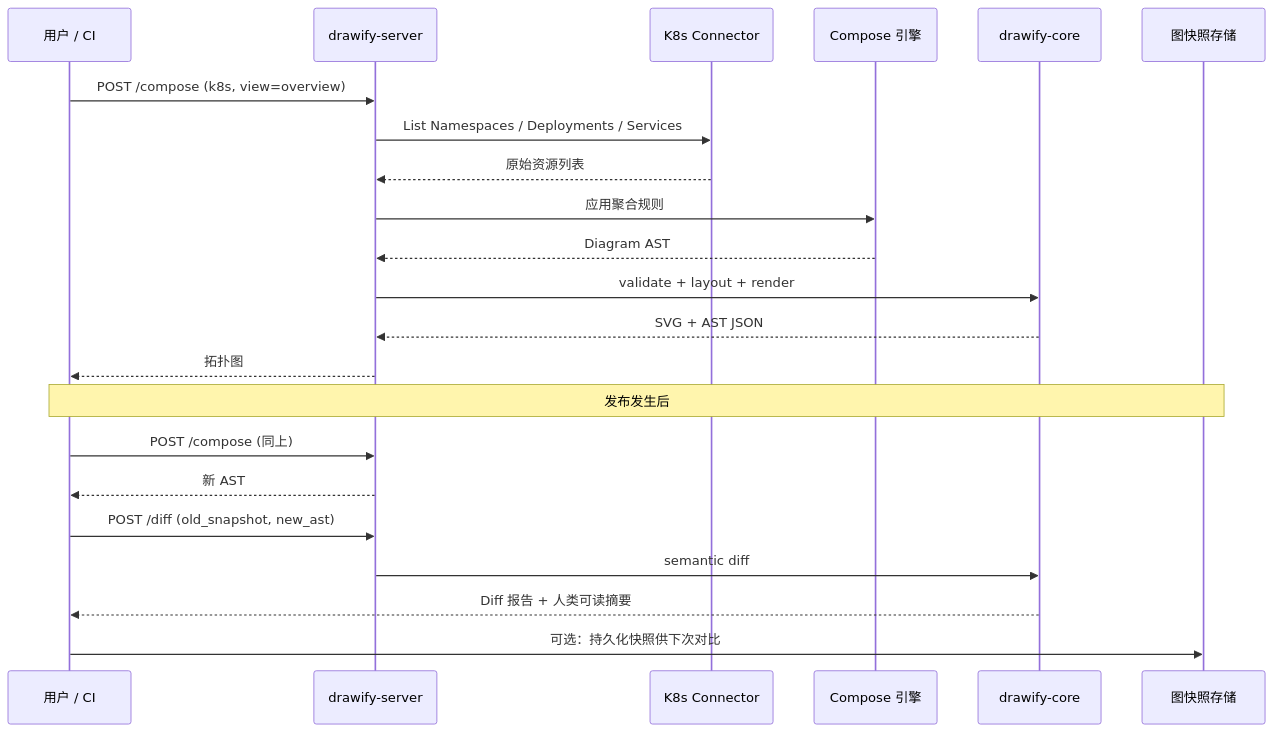
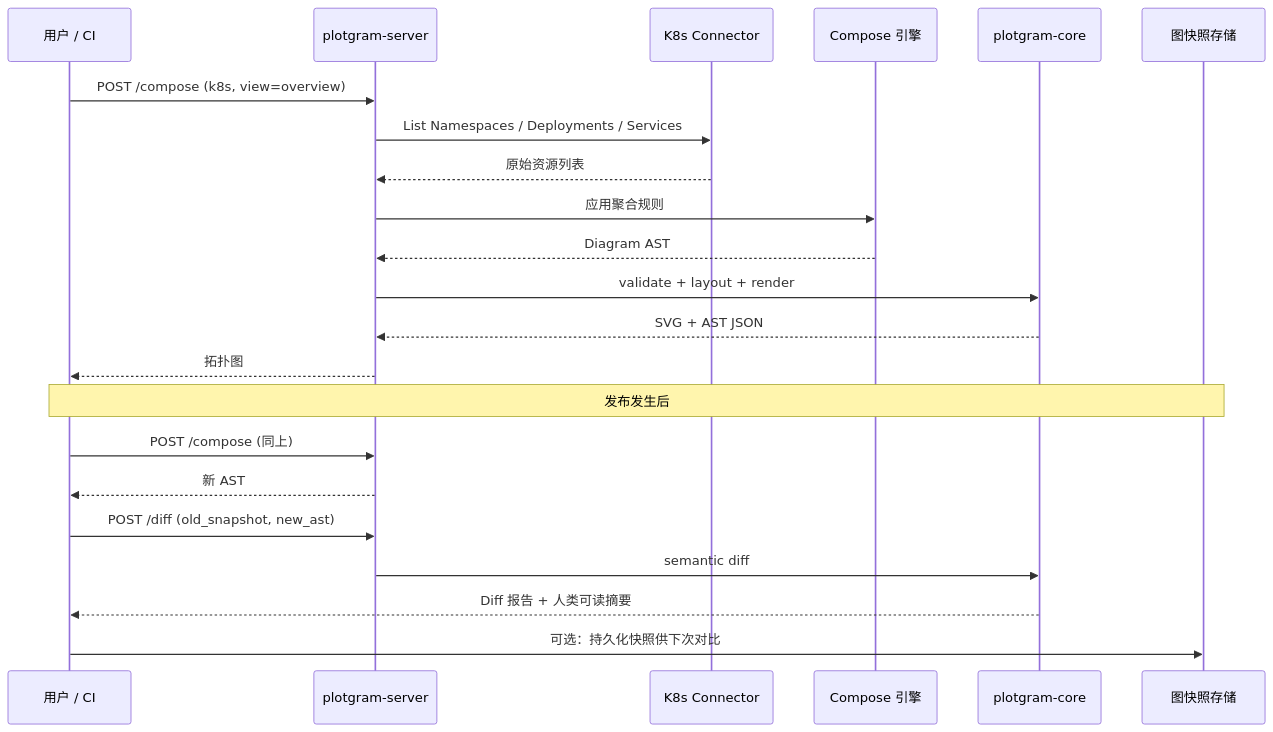
One commit to jimium/plotgram changed the second of 2 diagrams in docs/enterprise/scale-diagram-strategy.md. Above: the diagram before and after it, drawn with Mermaid. The commit also changed other lines of this file and 777 other files, not shown here.

````diff
--- a/docs/enterprise/scale-diagram-strategy.md
+++ b/docs/enterprise/scale-diagram-strategy.md
@@ -300,27 +300,27 @@
 ```mermaid
 sequenceDiagram
     participant User as 用户 / CI
-    participant API as drawify-server
+    participant API as plotgram-server
     participant K8s as K8s Connector
     participant Compose as Compose 引擎
-    participant Core as drawify-core
+    participant Core as plotgram-core
     participant Store as 图快照存储
 
     User->>API: POST /compose (k8s, view=overview)
     API->>K8s: List Namespaces / Deployments / Services
     K8s-->>API: 原始资源列表
     API->>Compose: 应用聚合规则
     Compose-->>API: Diagram AST
     API->>Core: validate + layout + render
     Core-->>API: SVG + AST JSON
     API-->>User: 拓扑图
 
     Note over User,Store: 发布发生后
 
     User->>API: POST /compose (同上)
     API-->>User: 新 AST
     User->>API: POST /diff (old_snapshot, new_ast)
     API->>Core: semantic diff
     Core-->>User: Diff 报告 + 人类可读摘要
     User->>Store: 可选：持久化快照供下次对比
 ```
````
